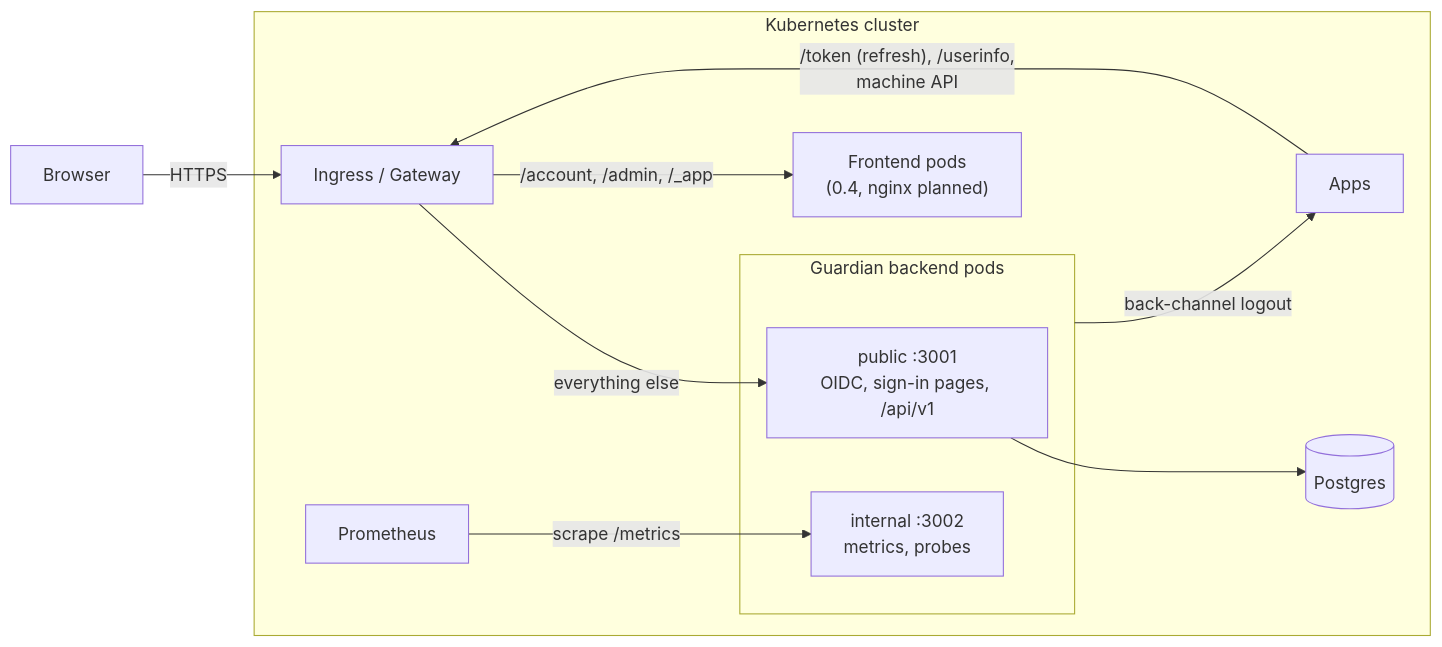
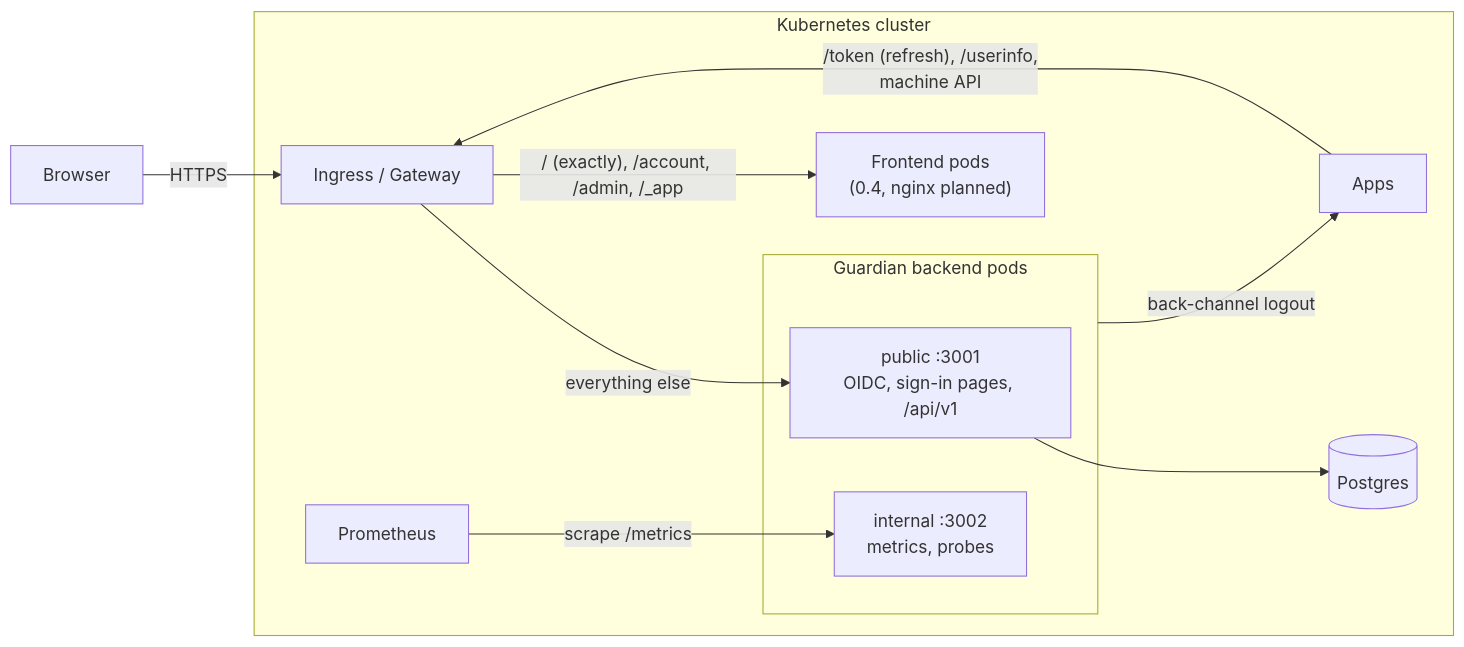
One commit to Krysset/Guardian changed the first of 4 diagrams in docs/ARCHITECTURE.md. Above: the diagram before and after it, drawn with Mermaid. The commit also changed 40 other files, not shown here.

````diff
--- a/docs/ARCHITECTURE.md
+++ b/docs/ARCHITECTURE.md
@@ -68,16 +68,16 @@
 ```mermaid
 flowchart LR
   B[Browser] -->|HTTPS| I[Ingress / Gateway]
   subgraph K[Kubernetes cluster]
-    I -->|/account, /admin, /_app| F["Frontend pods<br/>(0.4, nginx planned)"]
+    I -->|"/ (exactly), /account, /admin, /_app"| F["Frontend pods<br/>(0.4, nginx planned)"]
     I -->|everything else| P
     subgraph G[Guardian backend pods]
       P["public :3001<br/>OIDC, sign-in pages, /api/v1"]
       N["internal :3002<br/>metrics, probes"]
     end
     A[Apps] -->|"/token (refresh), /userinfo,<br/>machine API"| I
     G -->|back-channel logout| A
     M[Prometheus] -->|scrape /metrics| N
     P --> D[(Postgres)]
   end
 ```
````
